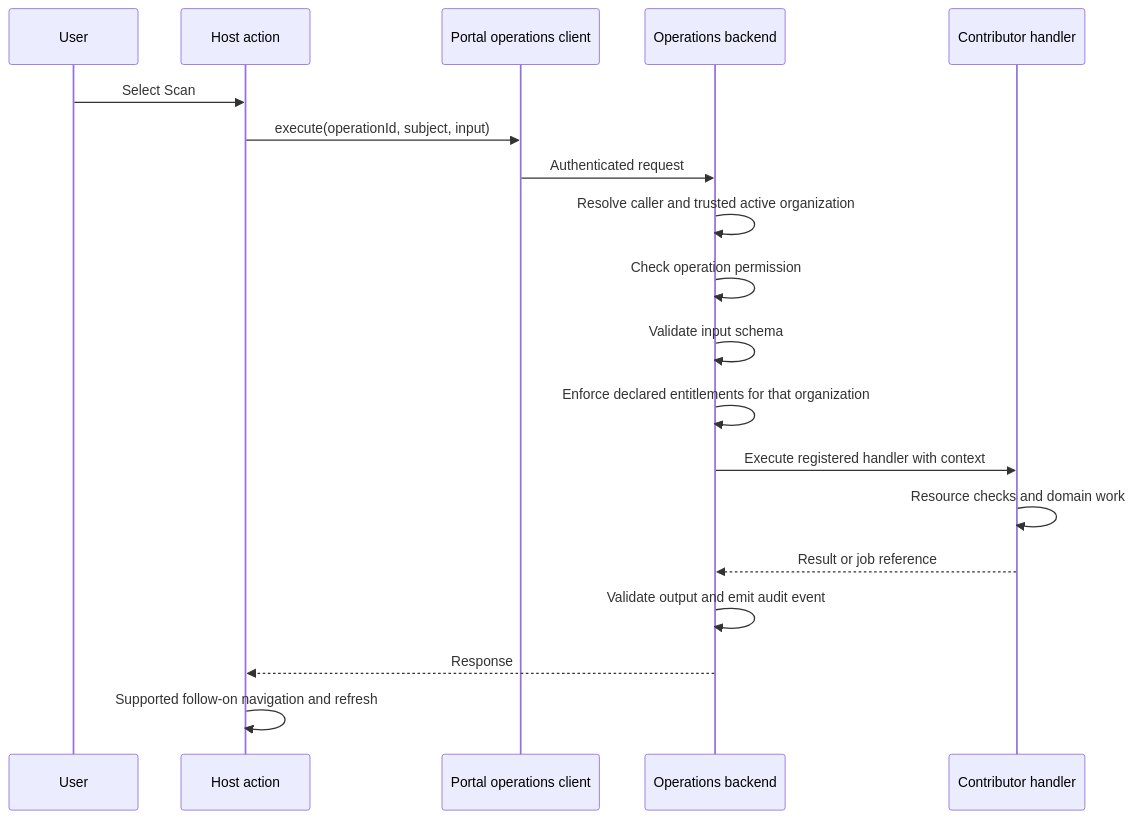
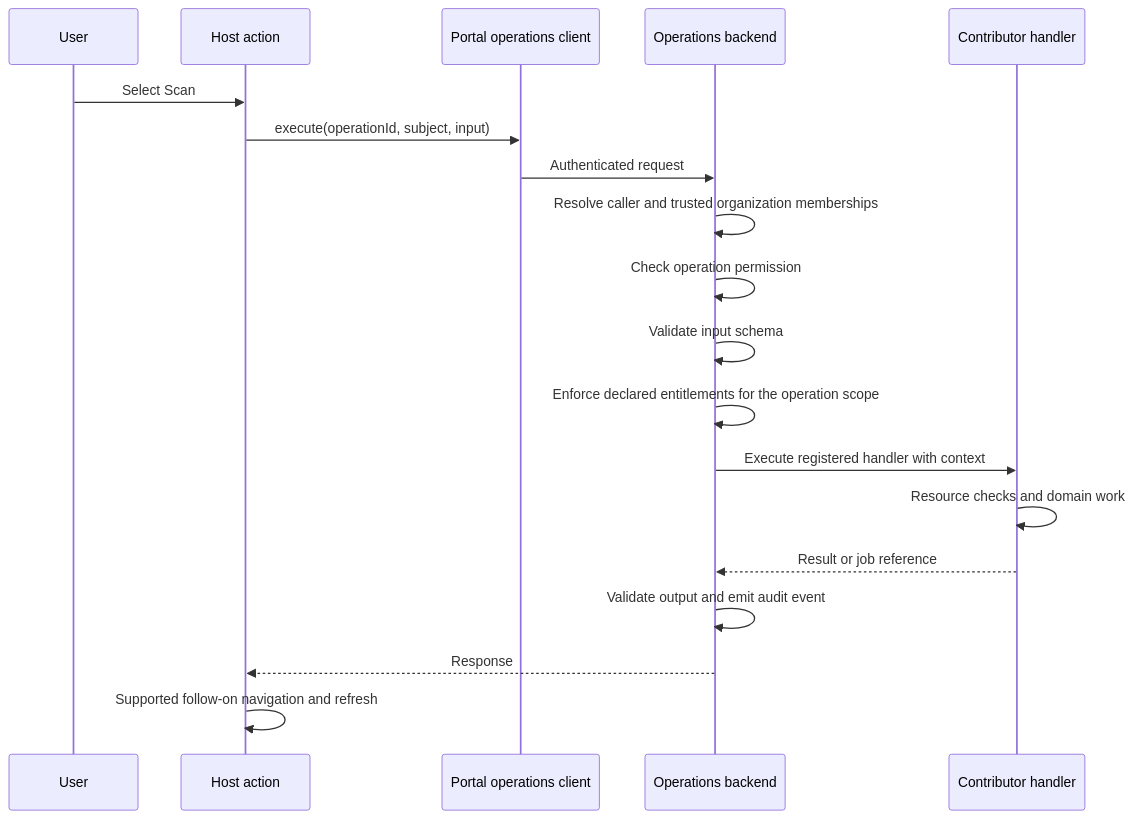
One commit to Hrithik-Gavankar/ansible-backstage-plugins changed the third of 4 diagrams in docs/next/portal-sdk-architecture.md. Above: the diagram before and after it, drawn with Mermaid. The commit also changed other lines of this file and 78 other files, not shown here.

````diff
--- a/docs/next/portal-sdk-architecture.md
+++ b/docs/next/portal-sdk-architecture.md
@@ -108,22 +108,22 @@
 ```mermaid
 sequenceDiagram
   participant User
   participant UI as Host action
   participant Client as Portal operations client
   participant Host as Operations backend
   participant Handler as Contributor handler
 
   User->>UI: Select Scan
   UI->>Client: execute(operationId, subject, input)
   Client->>Host: Authenticated request
-  Host->>Host: Resolve caller and trusted active organization
+  Host->>Host: Resolve caller and trusted organization memberships
   Host->>Host: Check operation permission
   Host->>Host: Validate input schema
-  Host->>Host: Enforce declared entitlements for that organization
+  Host->>Host: Enforce declared entitlements for the operation scope
   Host->>Handler: Execute registered handler with context
   Handler->>Handler: Resource checks and domain work
   Handler-->>Host: Result or job reference
   Host->>Host: Validate output and emit audit event
   Host-->>UI: Response
   UI->>UI: Supported follow-on navigation and refresh
 ```
````
